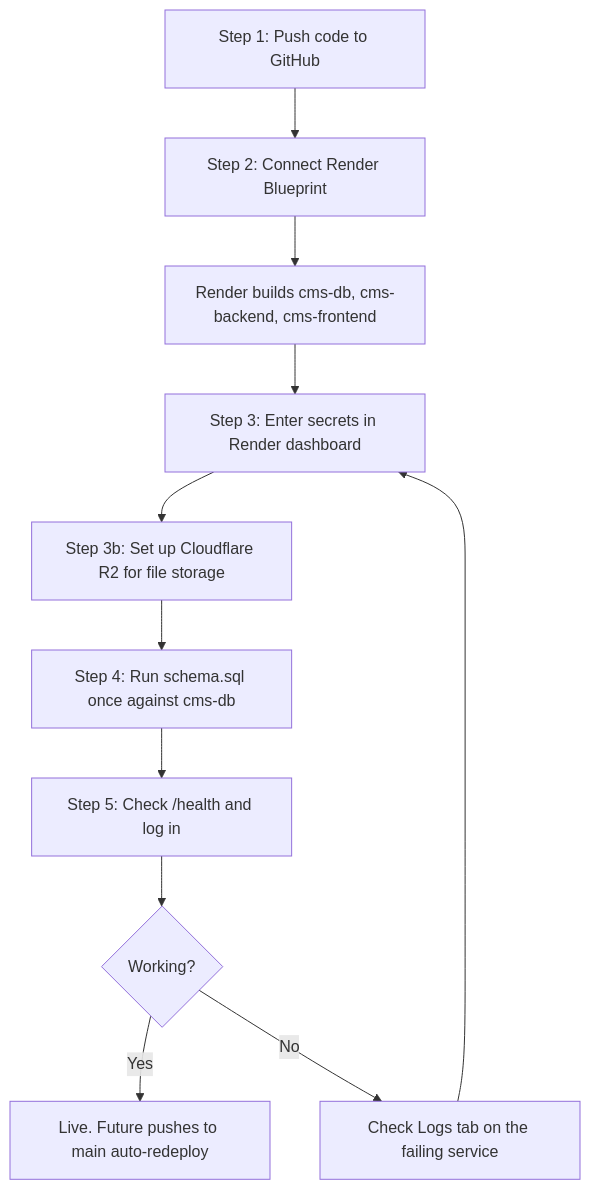
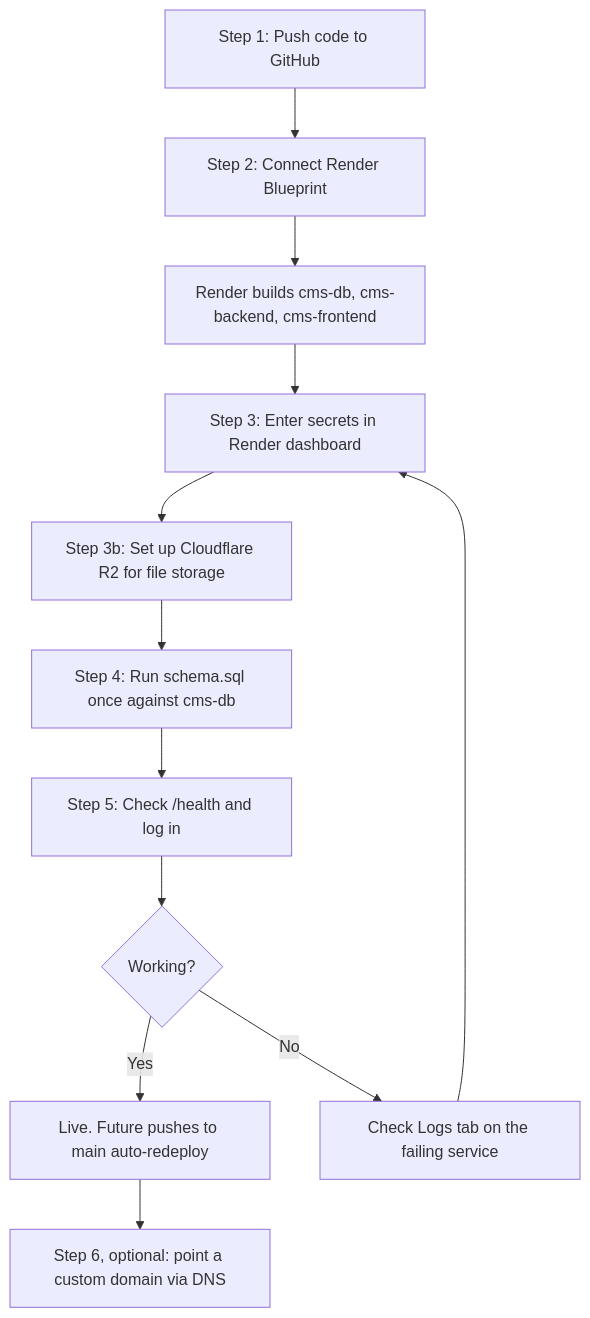
The diagram in DEPLOYMENT_GUIDE.md (IanArtx/cms), drawn with Mermaid before and after one commit. The commit also changed other lines of this file and 7 other files, not shown here.

````diff
--- a/DEPLOYMENT_GUIDE.md
+++ b/DEPLOYMENT_GUIDE.md
@@ -303,13 +388,14 @@
 ```mermaid
 flowchart TD
     A[Step 1: Push code to GitHub] --> B[Step 2: Connect Render Blueprint]
     B --> C[Render builds cms-db, cms-backend, cms-frontend]
     C --> D[Step 3: Enter secrets in Render dashboard]
     D --> D2[Step 3b: Set up Cloudflare R2 for file storage]
     D2 --> E[Step 4: Run schema.sql once against cms-db]
     E --> F[Step 5: Check /health and log in]
     F --> G{Working?}
     G -- Yes --> H[Live. Future pushes to main auto-redeploy]
     G -- No --> I[Check Logs tab on the failing service]
     I --> D
+    H --> J[Step 6, optional: point a custom domain via DNS]
 ```
````
